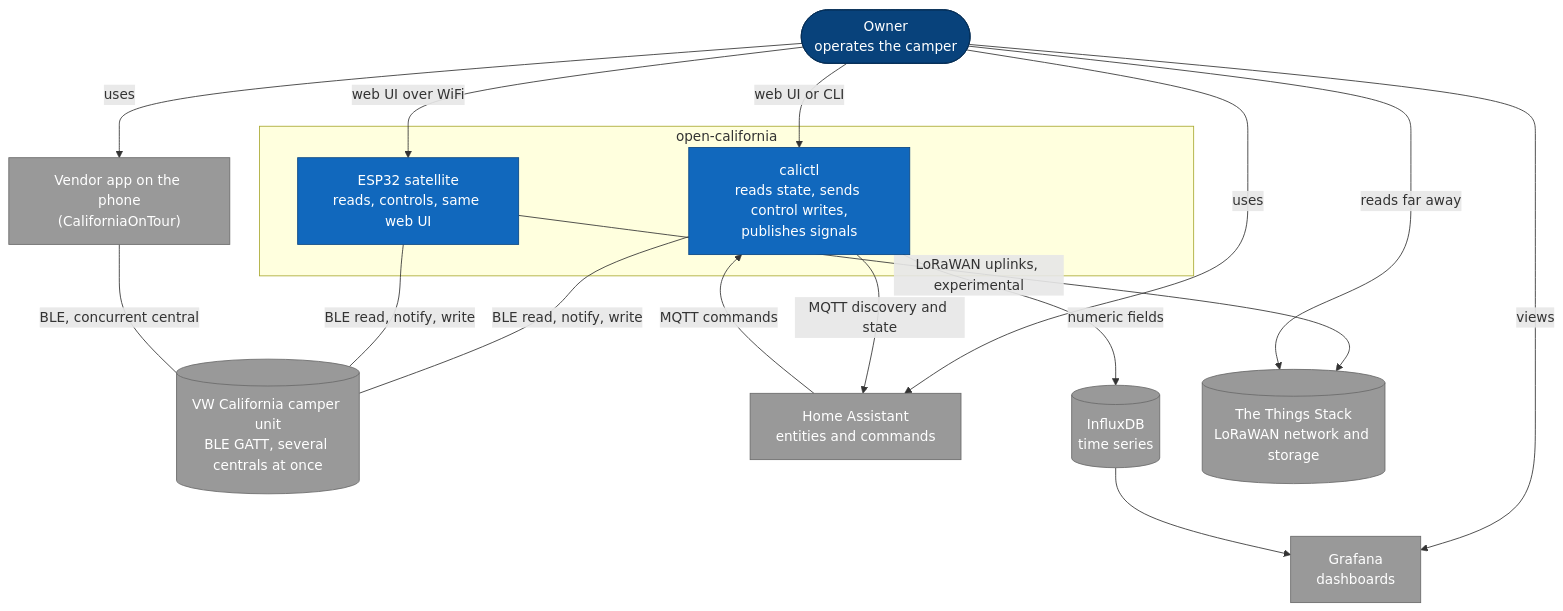
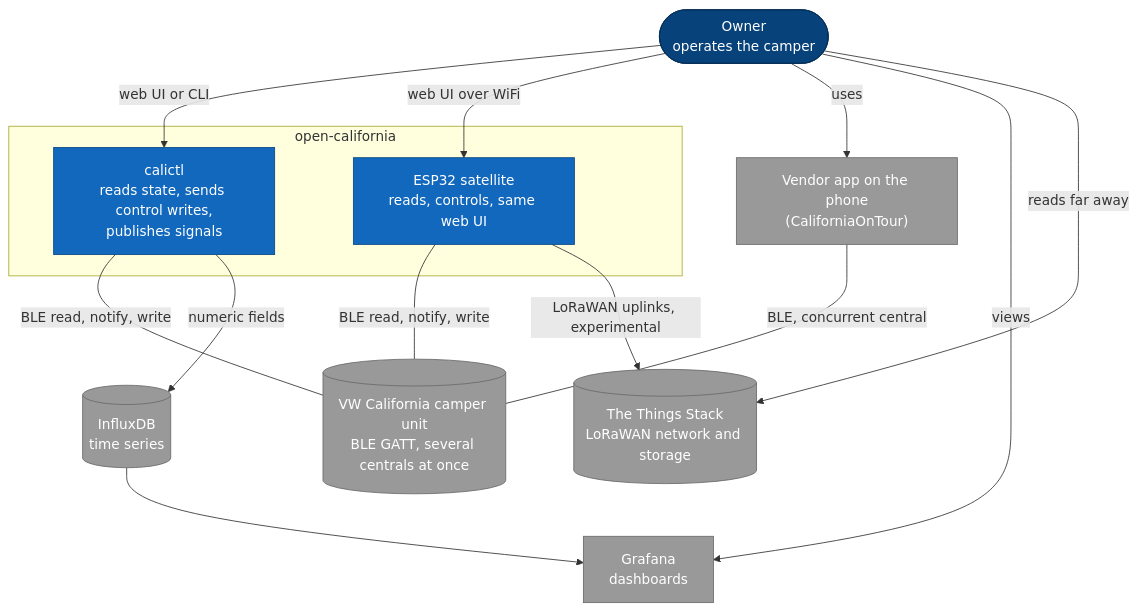
One commit to ckeller42/open-california changed the first of 7 diagrams in docs/architecture.md. Above: the diagram before and after it, drawn with Mermaid. The commit also changed other lines of this file and 49 other files, not shown here.

First line of the commit message:
calictl: remove the MQTT / Home Assistant integration (owner 2026-11-07) (#532)

````diff
--- a/docs/architecture.md
+++ b/docs/architecture.md
@@ -45,34 +45,30 @@
 ```mermaid
 flowchart TB
   owner(["Owner<br/>operates the camper"])
   subgraph boundary["open-california"]
     sys["calictl<br/>reads state, sends control writes,<br/>publishes signals"]
     esp["ESP32 satellite<br/>reads, controls, same web UI"]
   end
   unit[("VW California camper unit<br/>BLE GATT, several centrals at once")]
   app["Vendor app on the phone<br/>(CaliforniaOnTour)"]
-  ha["Home Assistant<br/>entities and commands"]
   graf["Grafana<br/>dashboards"]
   idb[("InfluxDB<br/>time series")]
   tts[("The Things Stack<br/>LoRaWAN network and storage")]
   owner -->|web UI or CLI| sys
   owner -->|web UI over WiFi| esp
   owner -->|uses| app
-  owner -->|uses| ha
   owner -->|views| graf
   sys ---|BLE read, notify, write| unit
   esp ---|BLE read, notify, write| unit
   app ---|BLE, concurrent central| unit
-  sys -->|MQTT discovery and state| ha
-  ha -->|MQTT commands| sys
   sys -->|numeric fields| idb
   idb --> graf
   esp -->|LoRaWAN uplinks, experimental| tts
   owner -->|reads far away| tts
   classDef person fill:#08427b,color:#fff,stroke:#052e56
   classDef system fill:#1168bd,color:#fff,stroke:#0b4884
   classDef ext fill:#999999,color:#fff,stroke:#6b6b6b
   class owner person
   class sys,esp system
-  class unit,app,ha,graf,idb,tts ext
+  class unit,app,graf,idb,tts ext
 ```
````
